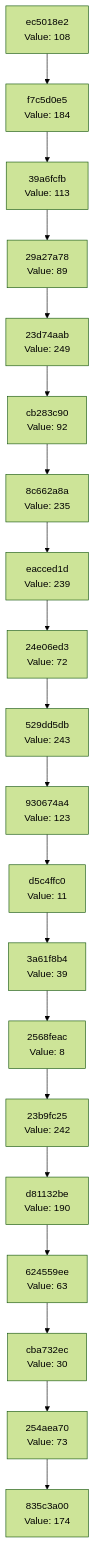
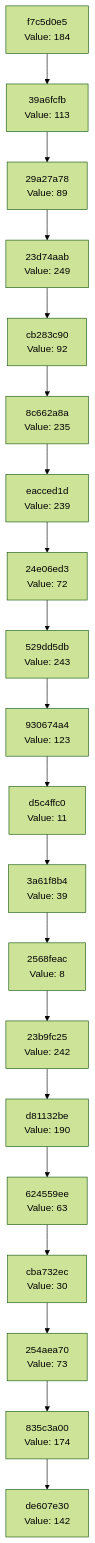
One commit to Abhisheksinha1506/hash-chain-evolver changed the diagram in docs/CHAIN_VISUALIZATION.md. Above: the diagram before and after it, drawn with Mermaid (forest theme). The commit also changed 2 other files, not shown here.

Commit message:
Evolution step: hash 0x8E → action executed

````diff
--- a/docs/CHAIN_VISUALIZATION.md
+++ b/docs/CHAIN_VISUALIZATION.md
@@ -3,42 +3,42 @@
 ```mermaid
 graph TD
-    C0["835c3a00<br/>Value: 174"]
-    C1["254aea70<br/>Value: 73"]
+    C0["de607e30<br/>Value: 142"]
+    C1["835c3a00<br/>Value: 174"]
     C1 --> C0
-    C2["cba732ec<br/>Value: 30"]
+    C2["254aea70<br/>Value: 73"]
     C2 --> C1
-    C3["624559ee<br/>Value: 63"]
+    C3["cba732ec<br/>Value: 30"]
     C3 --> C2
-    C4["d81132be<br/>Value: 190"]
+    C4["624559ee<br/>Value: 63"]
     C4 --> C3
-    C5["23b9fc25<br/>Value: 242"]
+    C5["d81132be<br/>Value: 190"]
     C5 --> C4
-    C6["2568feac<br/>Value: 8"]
+    C6["23b9fc25<br/>Value: 242"]
     C6 --> C5
-    C7["3a61f8b4<br/>Value: 39"]
+    C7["2568feac<br/>Value: 8"]
     C7 --> C6
-    C8["d5c4ffc0<br/>Value: 11"]
+    C8["3a61f8b4<br/>Value: 39"]
     C8 --> C7
-    C9["930674a4<br/>Value: 123"]
+    C9["d5c4ffc0<br/>Value: 11"]
     C9 --> C8
-    C10["529dd5db<br/>Value: 243"]
+    C10["930674a4<br/>Value: 123"]
     C10 --> C9
-    C11["24e06ed3<br/>Value: 72"]
+    C11["529dd5db<br/>Value: 243"]
     C11 --> C10
-    C12["eacced1d<br/>Value: 239"]
+    C12["24e06ed3<br/>Value: 72"]
     C12 --> C11
-    C13["8c662a8a<br/>Value: 235"]
+    C13["eacced1d<br/>Value: 239"]
     C13 --> C12
-    C14["cb283c90<br/>Value: 92"]
+    C14["8c662a8a<br/>Value: 235"]
     C14 --> C13
-    C15["23d74aab<br/>Value: 249"]
+    C15["cb283c90<br/>Value: 92"]
     C15 --> C14
-    C16["29a27a78<br/>Value: 89"]
+    C16["23d74aab<br/>Value: 249"]
     C16 --> C15
-    C17["39a6fcfb<br/>Value: 113"]
+    C17["29a27a78<br/>Value: 89"]
     C17 --> C16
-    C18["f7c5d0e5<br/>Value: 184"]
+    C18["39a6fcfb<br/>Value: 113"]
     C18 --> C17
-    C19["ec5018e2<br/>Value: 108"]
+    C19["f7c5d0e5<br/>Value: 184"]
     C19 --> C18
 ```
````
